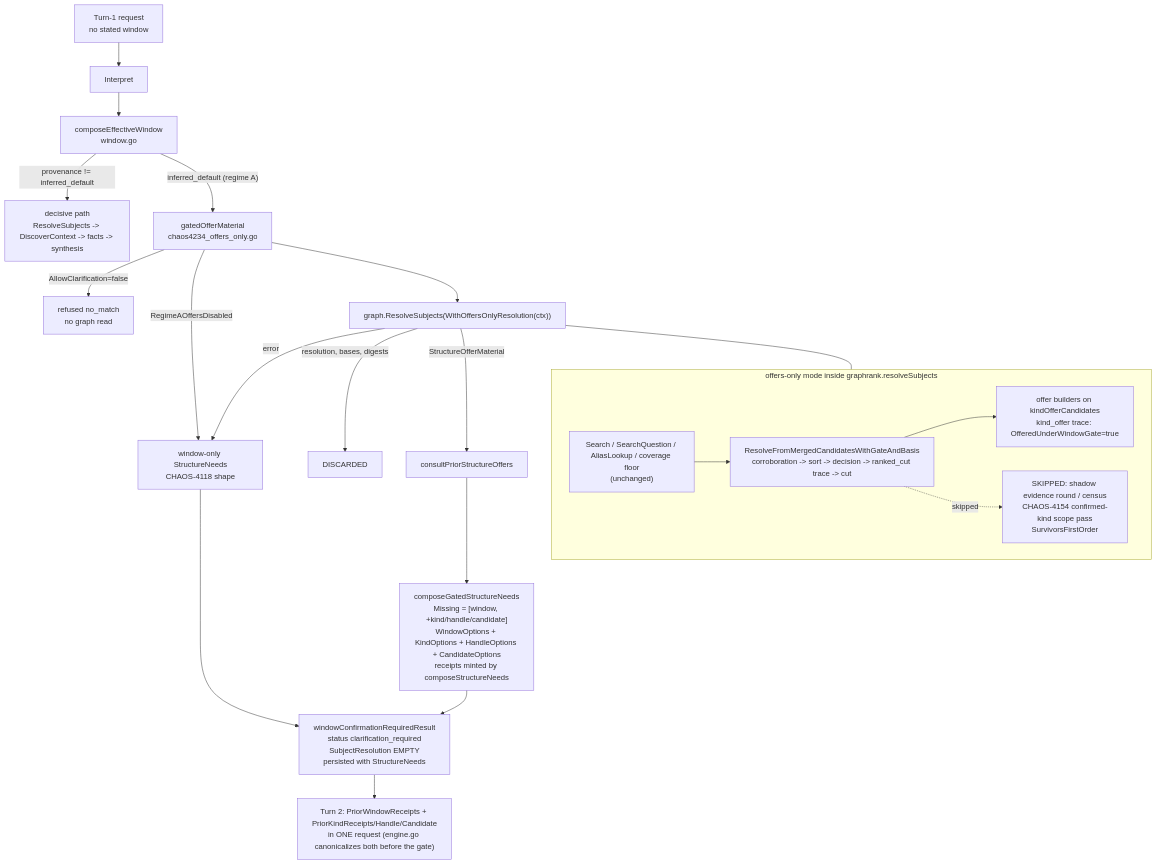
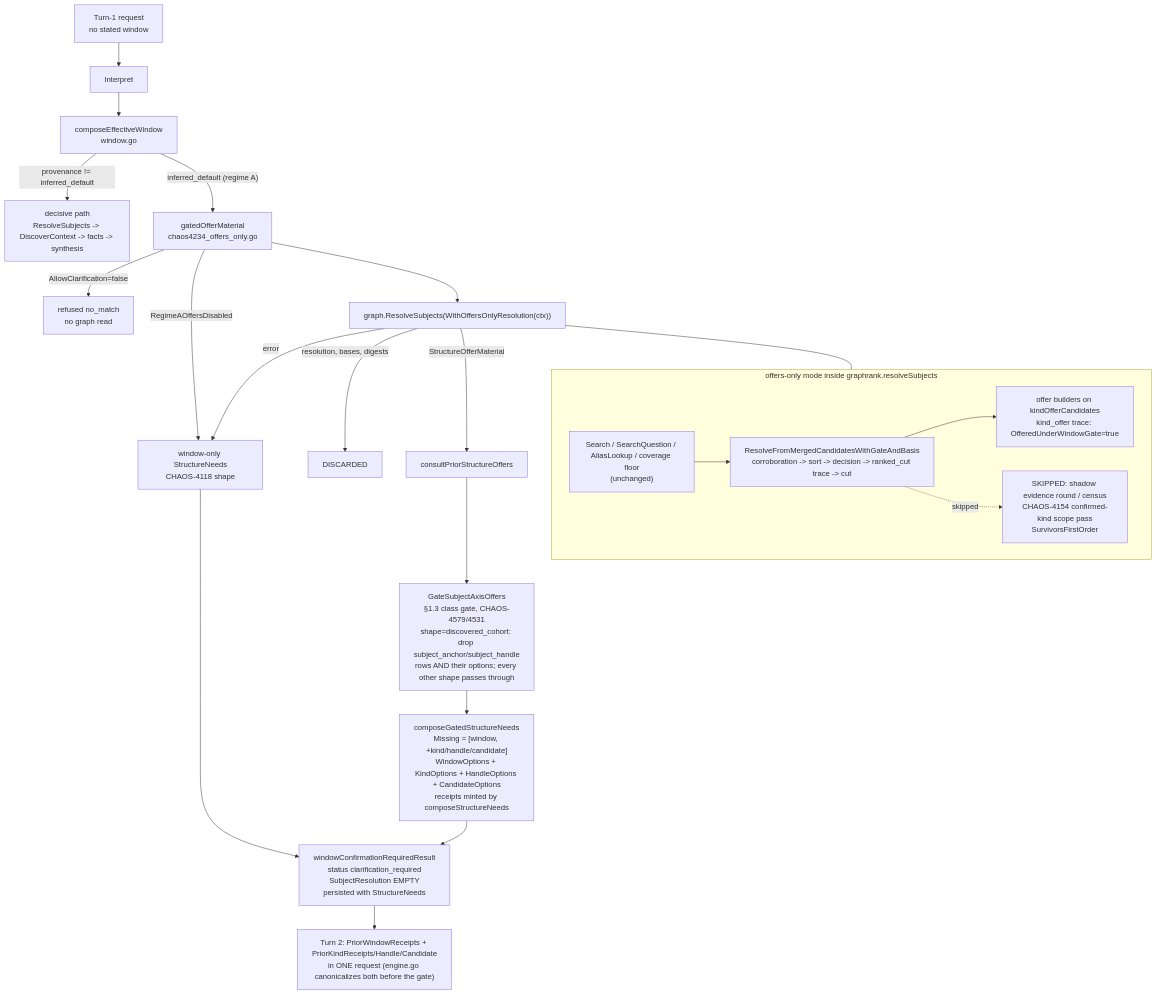
Before and after one commit to full-chaos/dev-health-acr: the diagram in docs/design/context-fabric-regime-a-offers.md, drawn with Mermaid. The commit also changed other lines of this file and 13 other files, not shown here.

First line of the commit message:
Cohort questions are no longer asked for a single anchor and handle (#335)

````diff
--- a/docs/design/context-fabric-regime-a-offers.md
+++ b/docs/design/context-fabric-regime-a-offers.md
@@ -33,27 +33,28 @@
 ```mermaid
 flowchart TD
     Q[Turn-1 request<br/>no stated window] --> I[Interpret]
     I --> EW[composeEffectiveWindow<br/>window.go]
     EW -- "provenance != inferred_default" --> D[decisive path<br/>ResolveSubjects -> DiscoverContext -> facts -> synthesis]
     EW -- "inferred_default (regime A)" --> G[gatedOfferMaterial<br/>chaos4234_offers_only.go]
     G -- "AllowClarification=false" --> RF[refused no_match<br/>no graph read]
     G -- "RegimeAOffersDisabled" --> WO[window-only StructureNeeds<br/>CHAOS-4118 shape]
     G --> RS["graph.ResolveSubjects(WithOffersOnlyResolution(ctx))"]
     RS -- "error" --> WO
     RS -- "resolution, bases, digests" --> X[DISCARDED]
     RS -- "StructureOfferMaterial" --> P[consultPriorStructureOffers]
-    P --> C["composeGatedStructureNeeds<br/>Missing = [window, +kind/handle/candidate]<br/>WindowOptions + KindOptions + HandleOptions + CandidateOptions<br/>receipts minted by composeStructureNeeds"]
+    P --> CG["GateSubjectAxisOffers<br/>§1.3 class gate, CHAOS-4579/4531<br/>shape=discovered_cohort: drop subject_anchor/subject_handle<br/>rows AND their options; every other shape passes through"]
+    CG --> C["composeGatedStructureNeeds<br/>Missing = [window, +kind/handle/candidate]<br/>WindowOptions + KindOptions + HandleOptions + CandidateOptions<br/>receipts minted by composeStructureNeeds"]
     WO --> R
     C --> R[windowConfirmationRequiredResult<br/>status clarification_required<br/>SubjectResolution EMPTY<br/>persisted with StructureNeeds]
     R --> T2["Turn 2: PriorWindowReceipts + PriorKindReceipts/Handle/Candidate<br/>in ONE request (engine.go canonicalizes both before the gate)"]
 
     subgraph OFFERS_ONLY["offers-only mode inside graphrank.resolveSubjects"]
         S1["Search / SearchQuestion / AliasLookup / coverage floor<br/>(unchanged)"]
         S2["ResolveFromMergedCandidatesWithGateAndBasis<br/>corroboration -> sort -> decision -> ranked_cut trace -> cut"]
         S3["SKIPPED: shadow evidence round / census<br/>CHAOS-4154 confirmed-kind scope pass<br/>SurvivorsFirstOrder"]
         S4["offer builders on kindOfferCandidates<br/>kind_offer trace: OfferedUnderWindowGate=true"]
         S1 --> S2 --> S4
         S2 -. "skipped" .-> S3
     end
     RS --- OFFERS_ONLY
 ```
````
